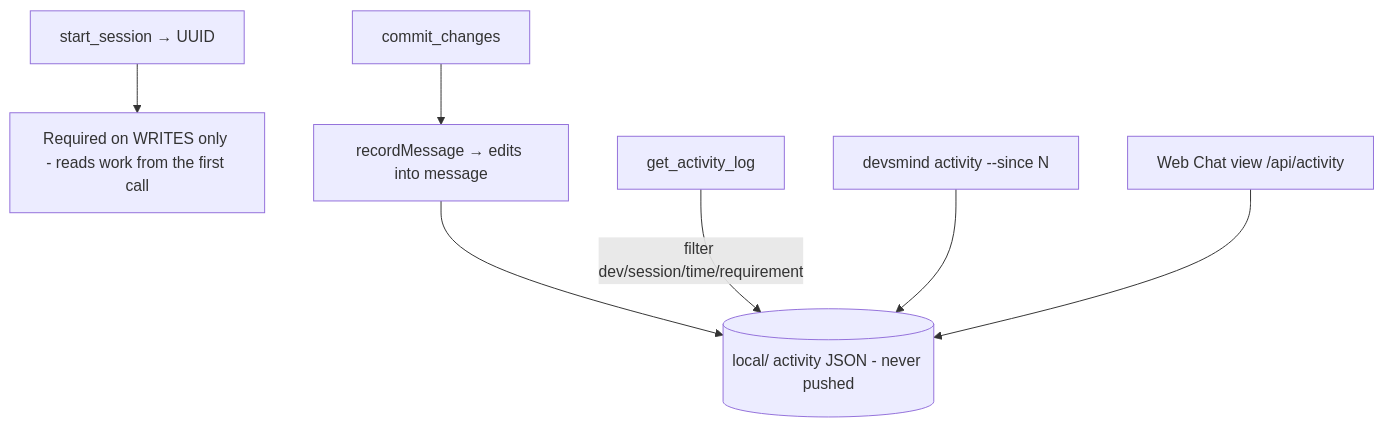
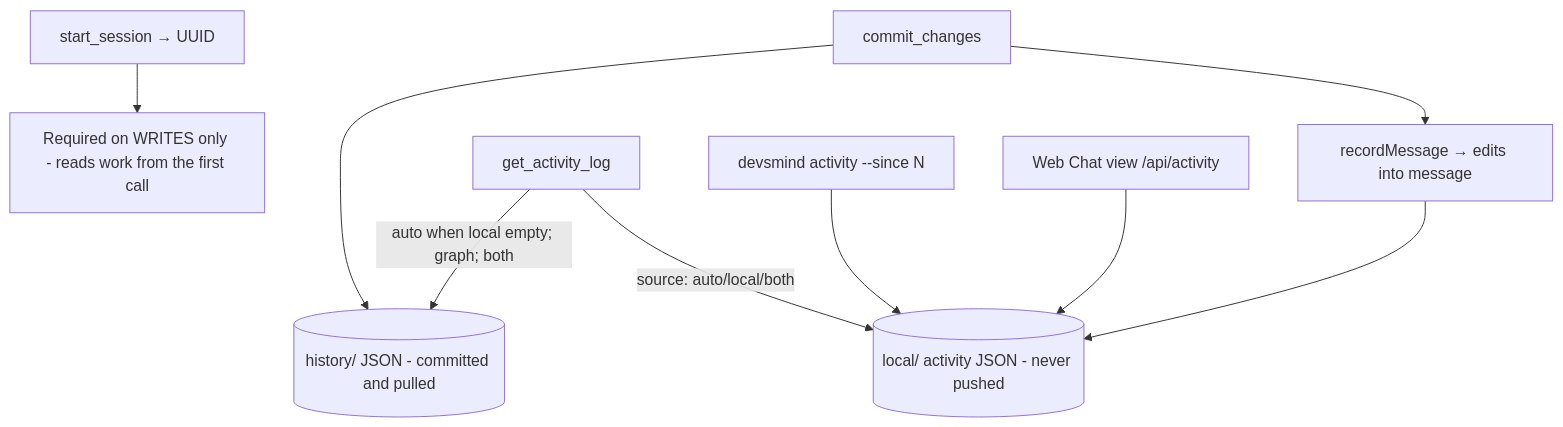
One commit to Abialidr/devsmind-mcp changed diagram 14 of 17 in FUNCTIONALITY_MAP.md. Above: the diagram before and after it, drawn with Mermaid. The commit also changed other lines of this file and 16 other files, not shown here.

````diff
--- a/FUNCTIONALITY_MAP.md
+++ b/FUNCTIONALITY_MAP.md
@@ -584,9 +586,11 @@
 ```mermaid
 flowchart TD
   SS[start_session → UUID] --> REQ[Required on WRITES only - reads work from the first call]
   CM[commit_changes] --> RM[recordMessage → edits into message]
+  CM --> HIST[(history/ JSON - committed and pulled)]
   RM --> LOG[(local/ activity JSON - never pushed)]
-  GA[get_activity_log] -->|filter dev/session/time/requirement| LOG
+  GA[get_activity_log] -->|source: auto/local/both| LOG
+  GA -->|auto when local empty; graph; both| HIST
   CLI[devsmind activity --since N] --> LOG
   WEB[Web Chat view /api/activity] --> LOG
 ```
````
